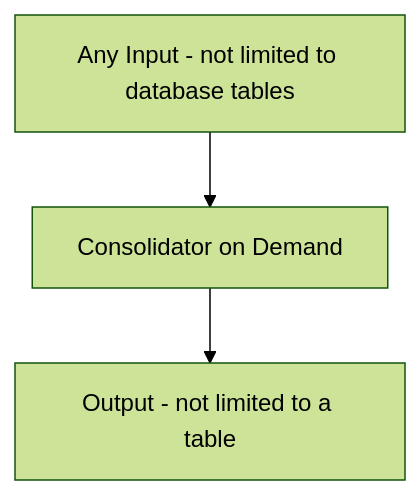
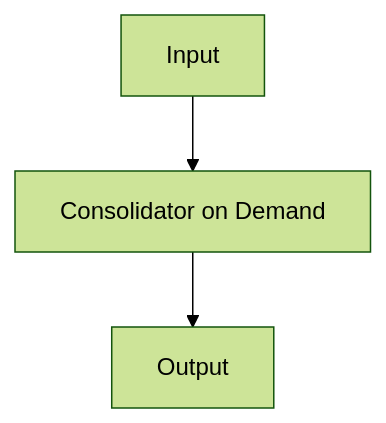
One commit to genesiscommunitysuccess/docs changed the second of 4 diagrams in docs/03_server-modules/07_consolidator/01_introduction.md. Above: the diagram before and after it, drawn with Mermaid (forest theme). The commit also changed other lines of this file, not shown here.

Commit message:
PTC-263 docs: Adjusted diagrams for simplicity

`````diff
--- a/docs/03_server-modules/07_consolidator/01_introduction.md
+++ b/docs/03_server-modules/07_consolidator/01_introduction.md
@@ -62,6 +62,6 @@
 ````mermaid
 graph TD
-    B[Any Input - not limited to database tables] --> C[Consolidator on Demand]
-    C --> D[Output - not limited to a table]
+    B[Input] --> C[Consolidator on Demand]
+    C --> D[Output]
   
 ````
`````
